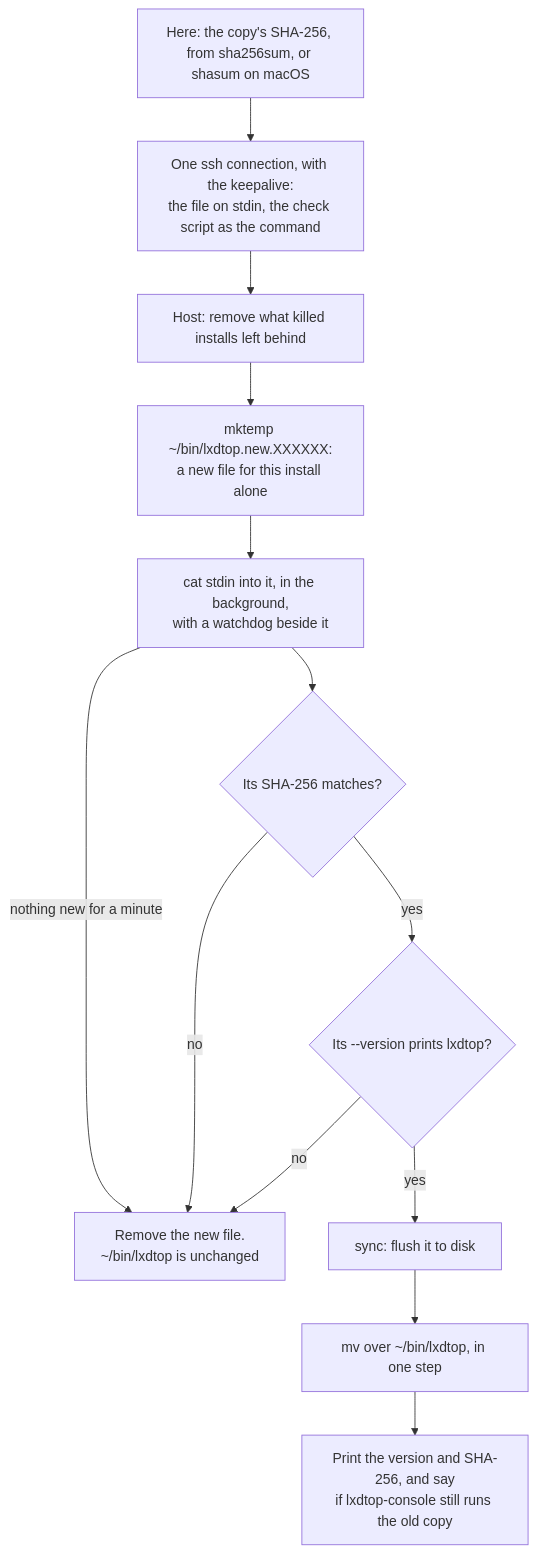
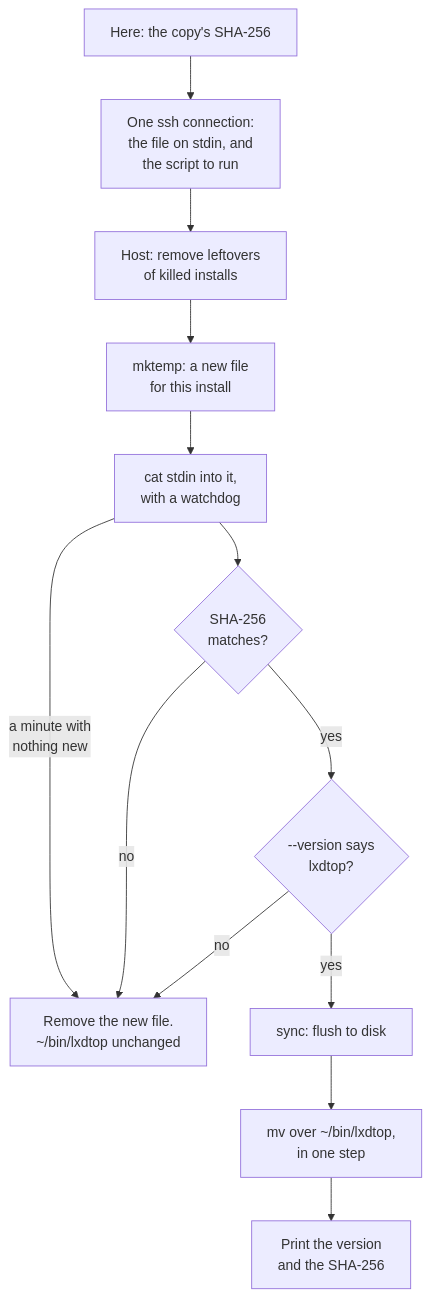
The fifth of 5 diagrams in docs/WALKTHROUGH.md (bjhinkle/lxdtop), drawn with Mermaid before and after one commit. The commit also changed other lines of this file, not shown here.

First line of the commit message:
docs: shorter labels in the walkthrough's diagrams

````diff
--- a/docs/WALKTHROUGH.md
+++ b/docs/WALKTHROUGH.md
@@ -662,15 +662,15 @@
 ```mermaid
 flowchart TD
-    sum["Here: the copy's SHA-256, from sha256sum, or shasum on macOS"] --> conn
-    conn["One ssh connection, with the keepalive:<br/>the file on stdin, the check script as the command"] --> tidy
-    tidy["Host: remove what killed installs left behind"] --> tmp
-    tmp["mktemp ~/bin/lxdtop.new.XXXXXX:<br/>a new file for this install alone"] --> recv
-    recv["cat stdin into it, in the background,<br/>with a watchdog beside it"] -- "nothing new for a minute" --> fail
-    recv --> sha{"Its SHA-256 matches?"}
-    sha -- no --> fail["Remove the new file.<br/>~/bin/lxdtop is unchanged"]
-    sha -- yes --> runs{"Its --version prints lxdtop?"}
+    sum["Here: the copy's SHA-256"] --> conn
+    conn["One ssh connection:<br/>the file on stdin, and<br/>the script to run"] --> tidy
+    tidy["Host: remove leftovers<br/>of killed installs"] --> tmp
+    tmp["mktemp: a new file<br/>for this install"] --> recv
+    recv["cat stdin into it,<br/>with a watchdog"] -- "a minute with<br/>nothing new" --> fail
+    recv --> sha{"SHA-256<br/>matches?"}
+    sha -- no --> fail["Remove the new file.<br/>~/bin/lxdtop unchanged"]
+    sha -- yes --> runs{"--version says<br/>lxdtop?"}
     runs -- no --> fail
-    runs -- yes --> flush["sync: flush it to disk"]
-    flush --> mv["mv over ~/bin/lxdtop, in one step"]
-    mv --> done["Print the version and SHA-256, and say<br/>if lxdtop-console still runs the old copy"]
+    runs -- yes --> flush["sync: flush to disk"]
+    flush --> mv["mv over ~/bin/lxdtop,<br/>in one step"]
+    mv --> done["Print the version<br/>and the SHA-256"]
 ```
````
